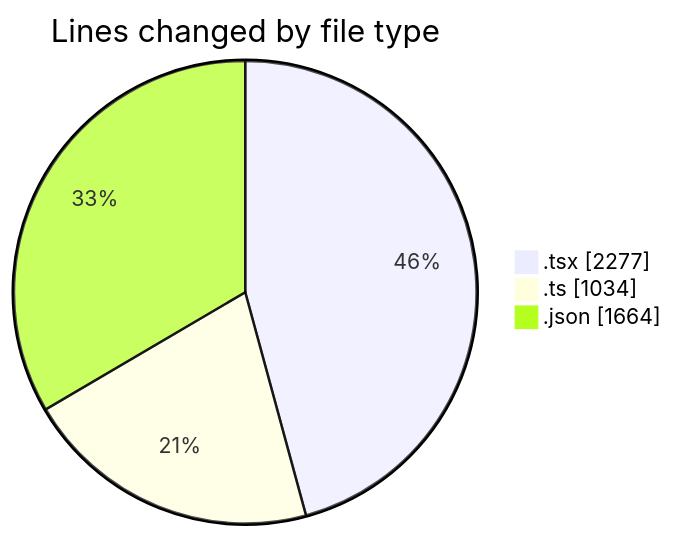
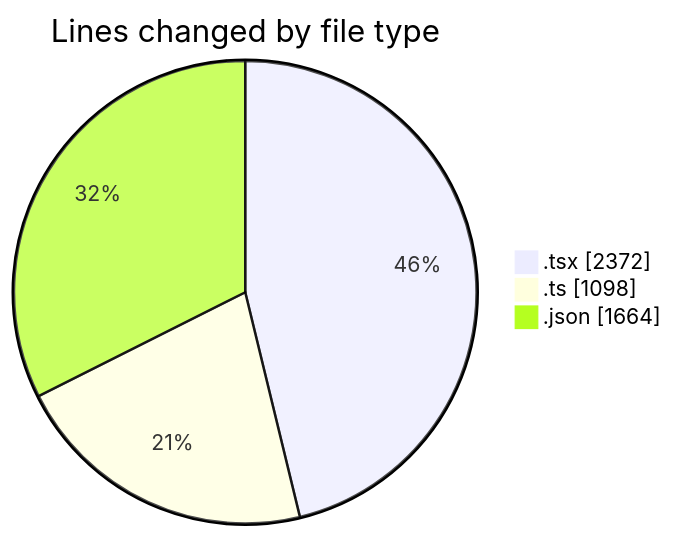
The first of 2 diagrams in 2025-10-09/eventscop-frontend-guide__workspace_/README.md (julien-gomy/code-tracking), drawn with Mermaid before and after one commit. The commit also changed other lines of this file and 1 other file, not shown here.

````diff
--- a/2025-10-09/eventscop-frontend-guide__workspace_/README.md
+++ b/2025-10-09/eventscop-frontend-guide__workspace_/README.md
@@ -41,7 +43,7 @@
 ```mermaid
 pie showData
 title Lines changed by file type
-".tsx" : 2277
-".ts" : 1034
+".tsx" : 2372
+".ts" : 1098
 ".json" : 1664
 ```
````
